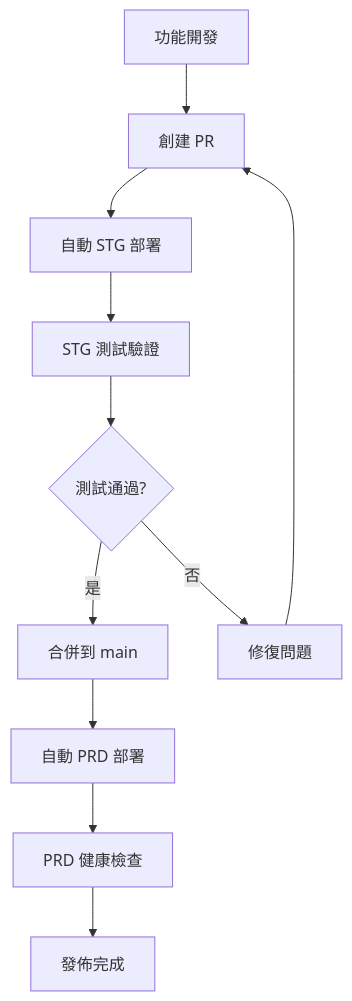
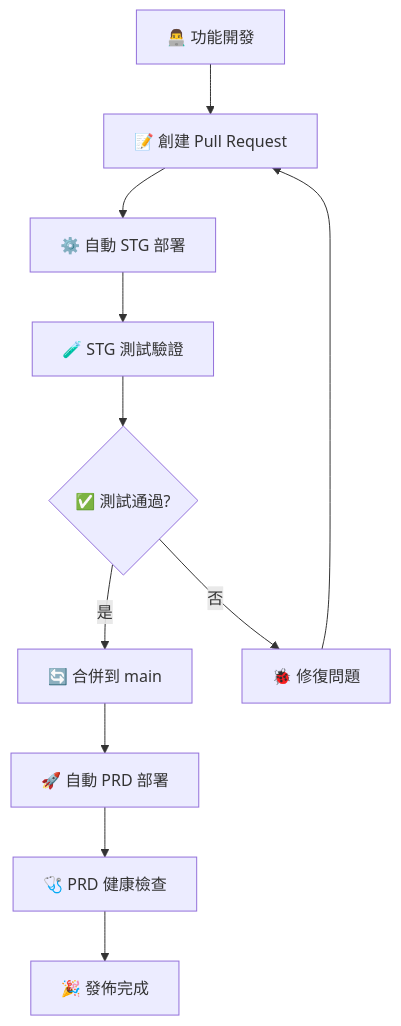
One commit to BenjaminChangCH/japan-property-analyzer changed the diagram in docs/DEPLOYMENT_WORKFLOW.md. Above: the diagram before and after it, drawn with Mermaid. The commit also changed other lines of this file and 4 other files, not shown here.

````diff
--- a/docs/DEPLOYMENT_WORKFLOW.md
+++ b/docs/DEPLOYMENT_WORKFLOW.md
@@ -9,13 +6,13 @@
 ```mermaid
 graph TD
-    A[功能開發] --> B[創建 PR]
-    B --> C[自動 STG 部署]
-    C --> D[STG 測試驗證]
-    D --> E{測試通過?}
-    E -->|是| F[合併到 main]
-    E -->|否| G[修復問題]
+    A[👨‍💻 功能開發] --> B[📝 創建 Pull Request]
+    B --> C[⚙️ 自動 STG 部署]
+    C --> D[🧪 STG 測試驗證]
+    D --> E{✅ 測試通過?}
+    E -->|是| F[🔄 合併到 main]
+    E -->|否| G[🐞 修復問題]
     G --> B
-    F --> H[自動 PRD 部署]
-    H --> I[PRD 健康檢查]
-    I --> J[發佈完成]
+    F --> H[🚀 自動 PRD 部署]
+    H --> I[🩺 PRD 健康檢查]
+    I --> J[🎉 發佈完成]
 ```
````
